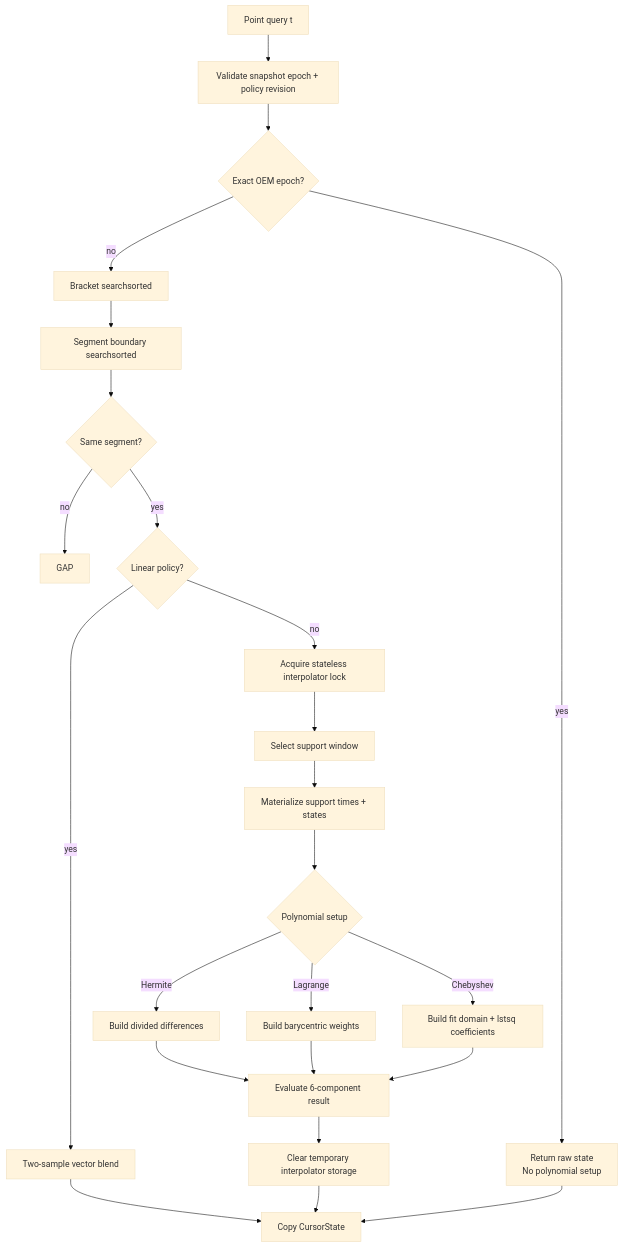
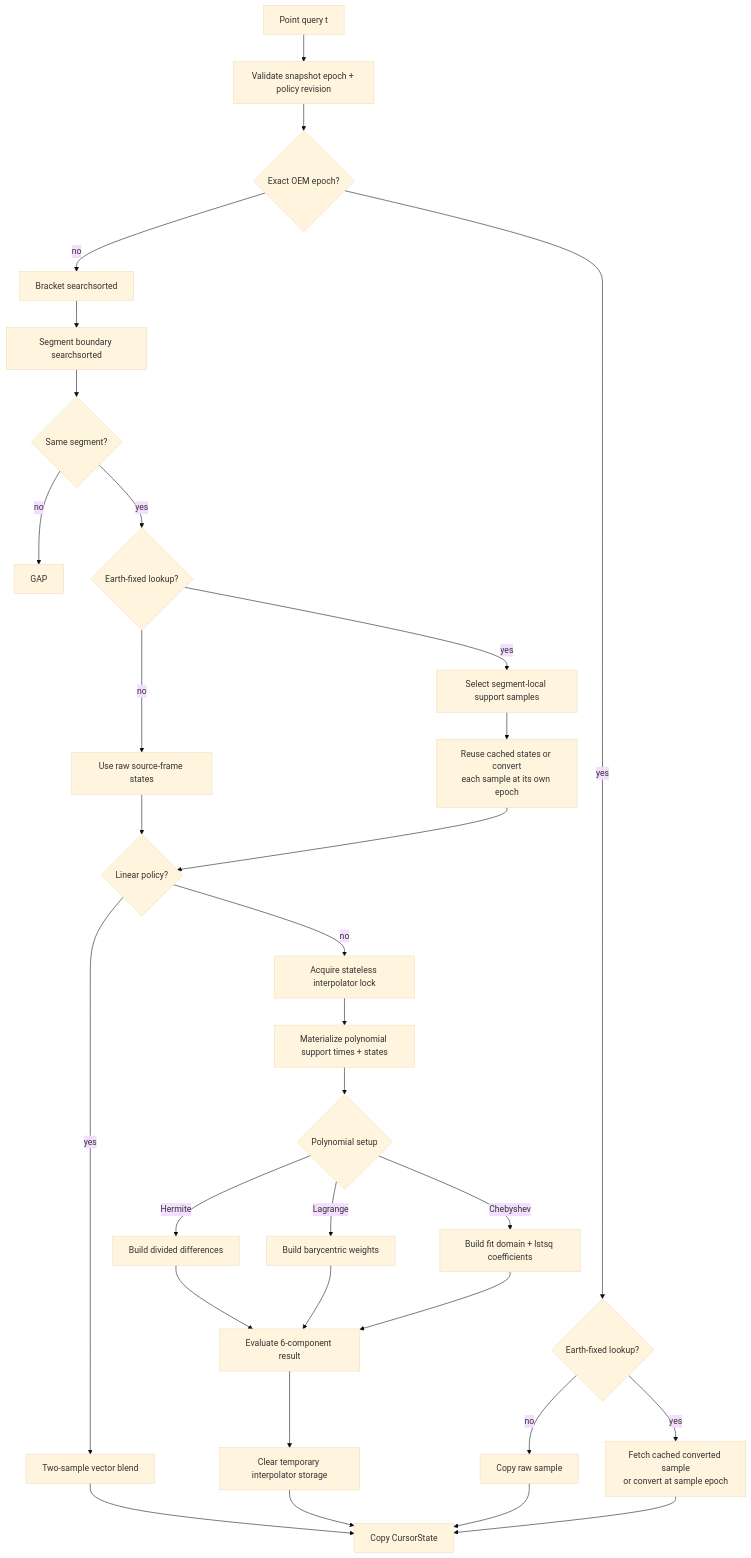
One commit to jeongyunl/ephem-toolkit changed the sixth of 7 diagrams in docs/architecture/play-oem/PLAY_OEM_INTERPOLATION.md. Above: the diagram before and after it, drawn with Mermaid (base theme). The commit also changed other lines of this file and 23 other files, not shown here.

````diff
--- a/docs/architecture/play-oem/PLAY_OEM_INTERPOLATION.md
+++ b/docs/architecture/play-oem/PLAY_OEM_INTERPOLATION.md
@@ -416,31 +405,33 @@
 ```mermaid
 flowchart TD
     Query["Point query t"] --> Snapshot["Validate snapshot epoch + policy revision"]
     Snapshot --> Exact{"Exact OEM epoch?"}
-    Exact -->|yes| Raw["Return raw state<br/>No polynomial setup"]
+    Exact -->|yes| ExactFrame{"Earth-fixed lookup?"}
+    ExactFrame -->|no| Raw["Copy raw sample"]
+    ExactFrame -->|yes| ExactCache["Fetch cached converted sample<br/>or convert at sample epoch"]
     Exact -->|no| Bracket["Bracket searchsorted"]
     Bracket --> Segment["Segment boundary searchsorted"]
     Segment --> Gap{"Same segment?"}
     Gap -->|no| GapResult["GAP"]
-    Gap -->|yes| Linear{"Linear policy?"}
-
+    Gap -->|yes| Frame{"Earth-fixed lookup?"}
+    Frame -->|no| RawSupport["Use raw source-frame states"]
+    Frame -->|yes| Support["Select segment-local support samples"]
+    Support --> Cache["Reuse cached states or convert<br/>each sample at its own epoch"]
+    RawSupport --> Linear{"Linear policy?"}
+    Cache --> Linear
     Linear -->|yes| LinearEval["Two-sample vector blend"]
     LinearEval --> Copy["Copy CursorState"]
-
     Linear -->|no| Lock["Acquire stateless interpolator lock"]
-    Lock --> Support["Select support window"]
-    Support --> Materialize["Materialize support times + states"]
+    Lock --> Materialize["Materialize polynomial support times + states"]
     Materialize --> Setup{"Polynomial setup"}
-
     Setup -->|Hermite| Hermite["Build divided differences"]
     Setup -->|Lagrange| Lagrange["Build barycentric weights"]
     Setup -->|Chebyshev| Cheb["Build fit domain + lstsq coefficients"]
-
     Hermite --> Evaluate["Evaluate 6-component result"]
     Lagrange --> Evaluate
     Cheb --> Evaluate
     Evaluate --> Cleanup["Clear temporary interpolator storage"]
     Cleanup --> Copy
-
     Raw --> Copy
+    ExactCache --> Copy
 ```
````
